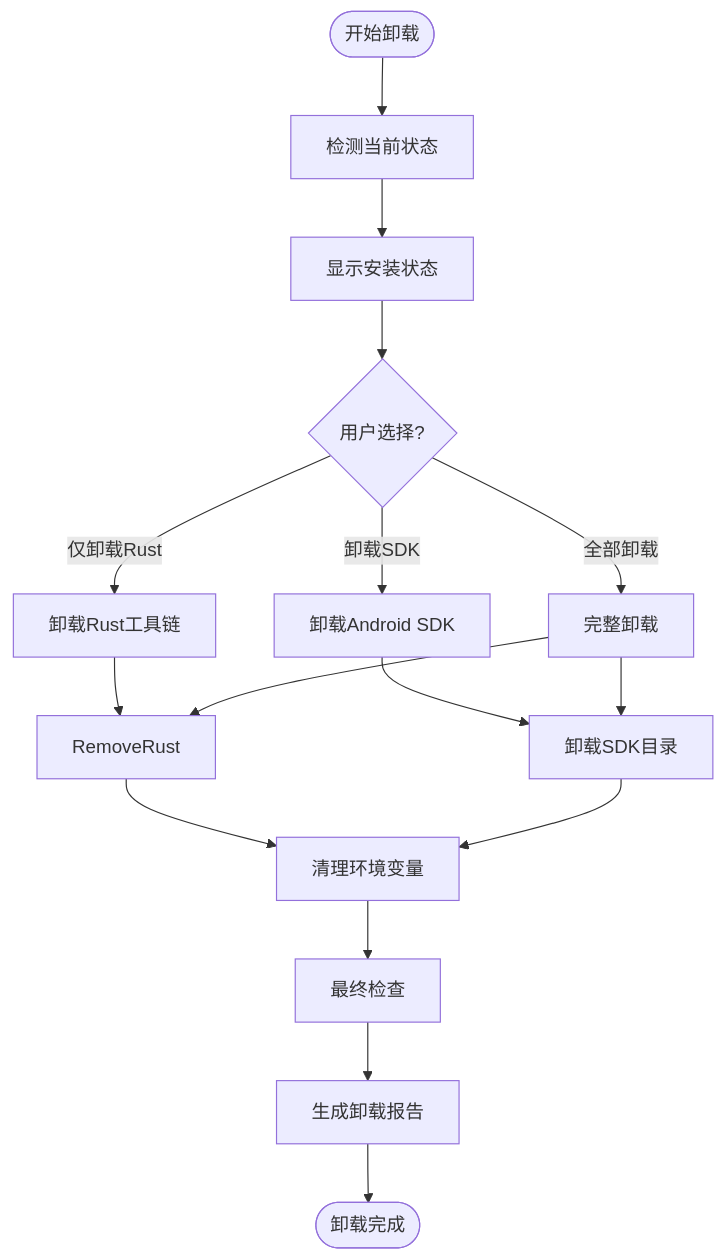
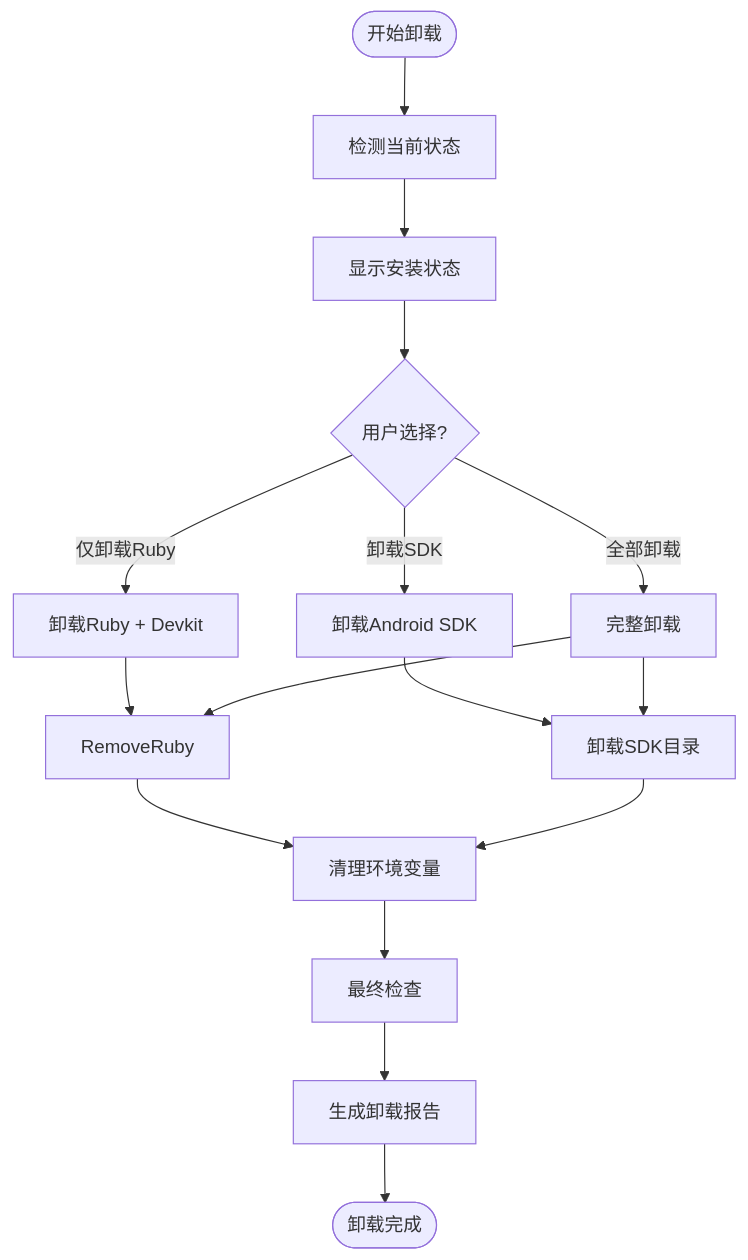
One commit to tea4go/Macro-Deck-Client-App changed the seventh of 8 diagrams in .qoder/repowiki/zh/content/构建与部署/Windows PowerShell自动化.md. Above: the diagram before and after it, drawn with Mermaid. The commit also changed other lines of this file and 15 other files, not shown here.

````diff
--- a/.qoder/repowiki/zh/content/构建与部署/Windows PowerShell自动化.md
+++ b/.qoder/repowiki/zh/content/构建与部署/Windows PowerShell自动化.md
@@ -469,18 +429,18 @@
 ```mermaid
 flowchart TD
 Start([开始卸载]) --> Detect[检测当前状态]
 Detect --> ShowStatus[显示安装状态]
 ShowStatus --> UserChoice{用户选择?}
-UserChoice --> |仅卸载Rust| RemoveRustOnly[卸载Rust工具链]
+UserChoice --> |仅卸载Ruby| RemoveRubyOnly[卸载Ruby + Devkit]
 UserChoice --> |卸载SDK| RemoveSDK[卸载Android SDK]
 UserChoice --> |全部卸载| FullUninstall[完整卸载]
-RemoveRustOnly --> RemoveRust
+RemoveRubyOnly --> RemoveRuby
 RemoveSDK --> RemoveSDKProcess[卸载SDK目录]
-FullUninstall --> RemoveRust
+FullUninstall --> RemoveRuby
 FullUninstall --> RemoveSDKProcess
-RemoveRust --> RemoveEnv[清理环境变量]
+RemoveRuby --> RemoveEnv[清理环境变量]
 RemoveSDKProcess --> RemoveEnv
 RemoveEnv --> FinalCheck[最终检查]
 FinalCheck --> StatusReport[生成卸载报告]
 StatusReport --> End([卸载完成])
 ```
````
